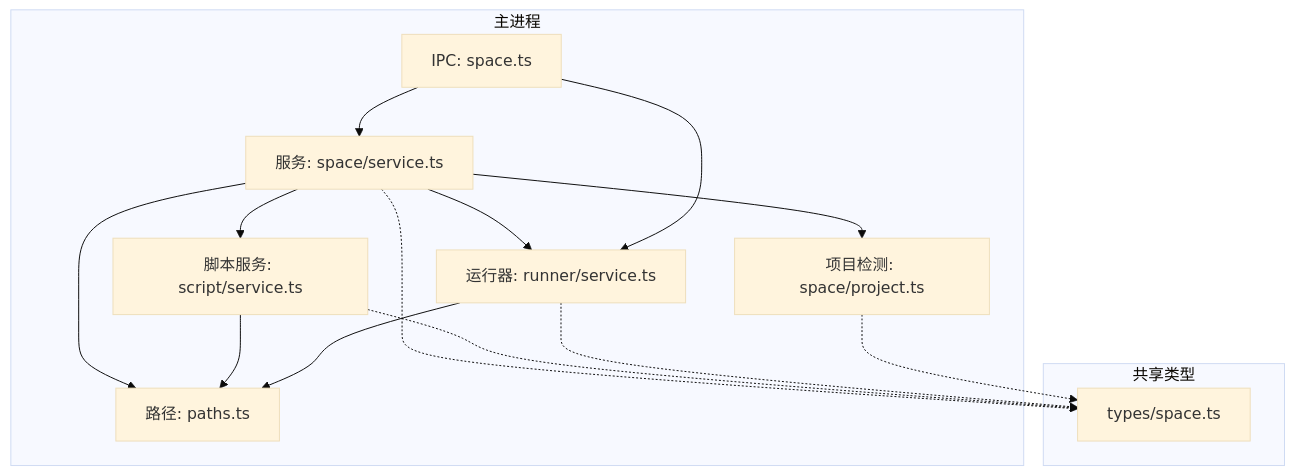
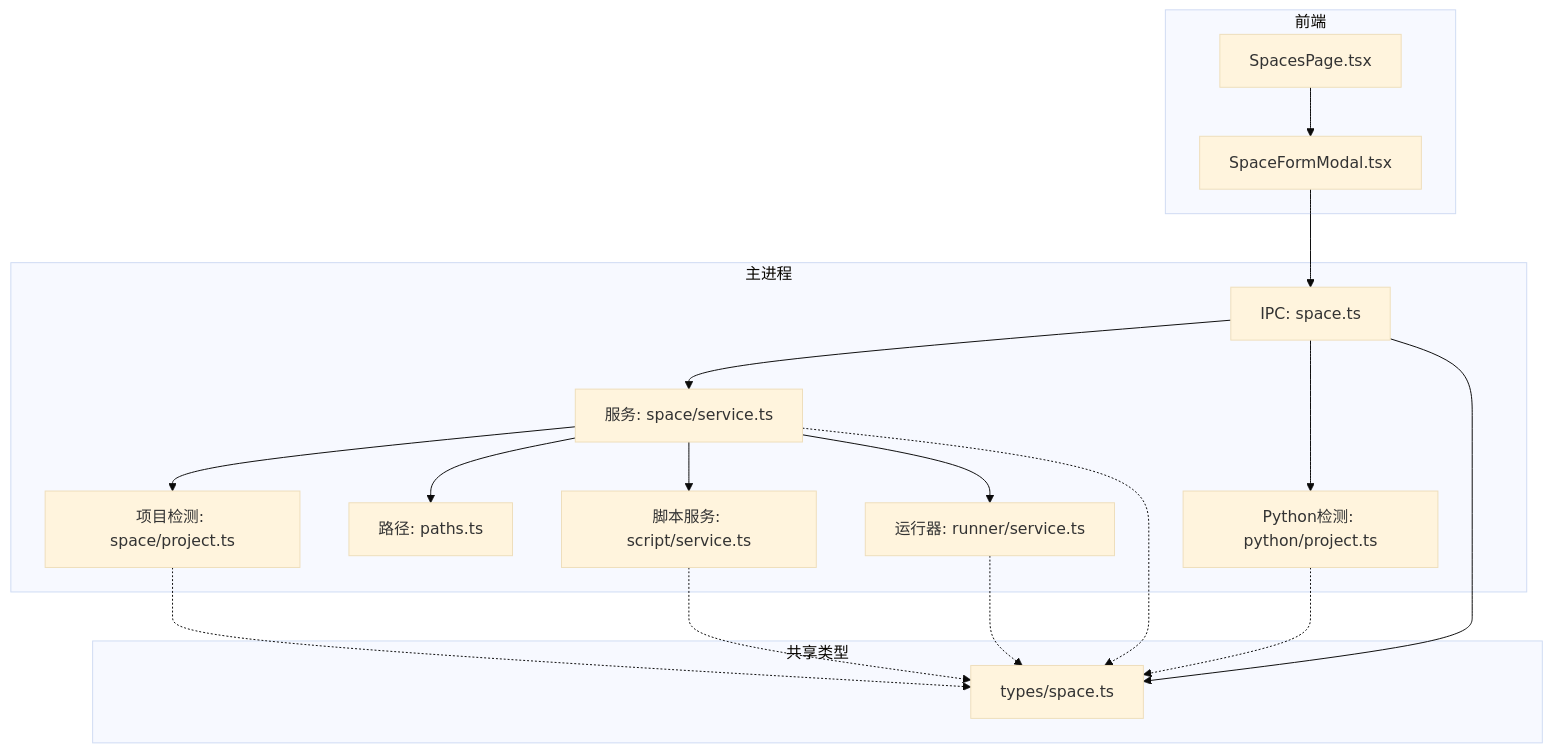
The first of 13 diagrams in .qoder/repowiki/zh/content/核心服务层/Space 服务（项目空间管理）.md (hozeeee/script-box), drawn with Mermaid (base theme) before and after one commit. The commit also changed other lines of this file and 6 other files, not shown here.

````diff
--- a/.qoder/repowiki/zh/content/核心服务层/Space 服务（项目空间管理）.md
+++ b/.qoder/repowiki/zh/content/核心服务层/Space 服务（项目空间管理）.md
@@ -55,26 +61,33 @@
 ```mermaid
 graph TB
 subgraph "主进程"
 A["IPC: space.ts"]
 B["服务: space/service.ts"]
-C["项目检测: space/project.ts"]
-D["路径: paths.ts"]
-E["脚本服务: script/service.ts"]
-F["运行器: runner/service.ts"]
+C["Python检测: python/project.ts"]
+D["项目检测: space/project.ts"]
+E["路径: paths.ts"]
+F["脚本服务: script/service.ts"]
+G["运行器: runner/service.ts"]
+end
+subgraph "前端"
+H["SpaceFormModal.tsx"]
+I["SpacesPage.tsx"]
 end
 subgraph "共享类型"
 T["types/space.ts"]
 end
 A --> B
-B --> C
+A --> C
 B --> D
 B --> E
 B --> F
-A --> F
-E --> D
-F --> D
+B --> G
+H --> A
+I --> H
+A --> T
 B -.-> T
-E -.-> T
 F -.-> T
+G -.-> T
 C -.-> T
+D -.-> T
 ```
````
